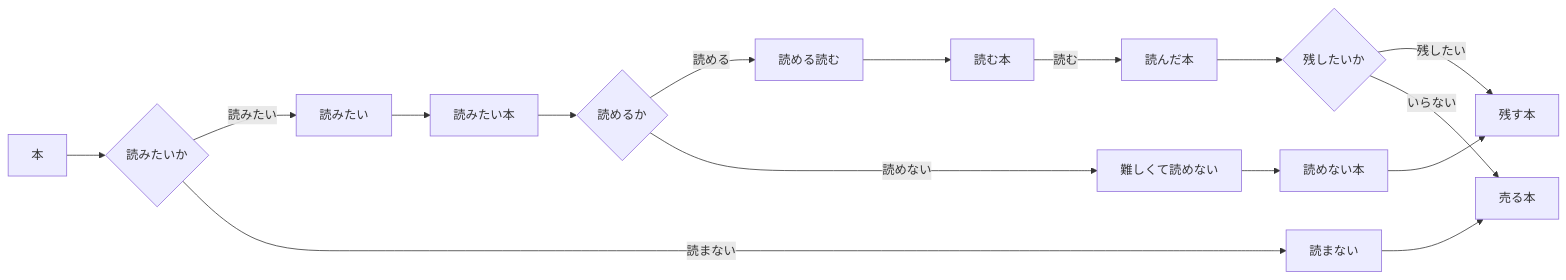
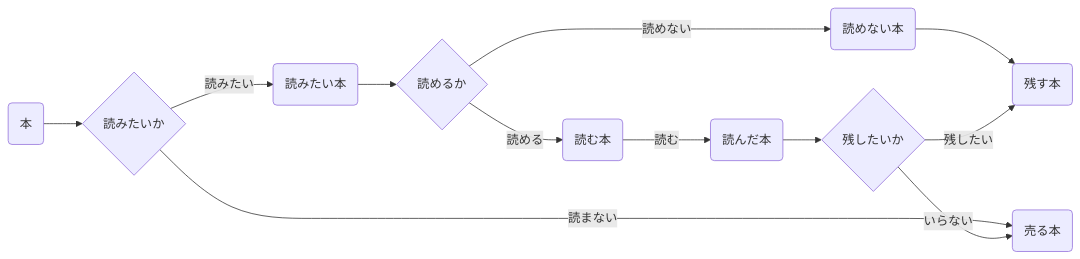
Before and after one commit to nakamurk/nakamurk.github.io: the diagram in docs/000_rule/book.md, drawn with Mermaid.

````diff
--- a/docs/000_rule/book.md
+++ b/docs/000_rule/book.md
@@ -6,23 +6,19 @@
 ```mermaid
 flowchart LR
 
-B1[本] --> Q1{読みたいか}
-Q1 -->|読みたい| A11[読みたい]
-A11 --> B2[読みたい本]
-Q1 -->|読まない| A12[読まない]
-A12 --> B3[売る本]
+B1(本) --> Q1{読みたいか}
+Q1 -->|読みたい| B2(読みたい本)
+Q1 -->|読まない| B3(売る本)
 
 B2 --> Q2{読めるか}
-Q2 -->|読める| A21[読める読む]
-A21 --> B4[読む本]
-Q2 -->|読めない| A22[難しくて読めない]
-A22 --> B5[読めない本]
+Q2 -->|読める| B4(読む本)
+Q2 -->|読めない| B5(読めない本)
 
-B4 -->|読む| B6[読んだ本]
-B5 --> B7[残す本]
+B4 -->|読む| B6(読んだ本)
+B5 --> B7(残す本)
 
 B6 --> Q3{残したいか}
 Q3 -->|残したい| B7
 Q3 -->|いらない| B3
 
 ```
````
